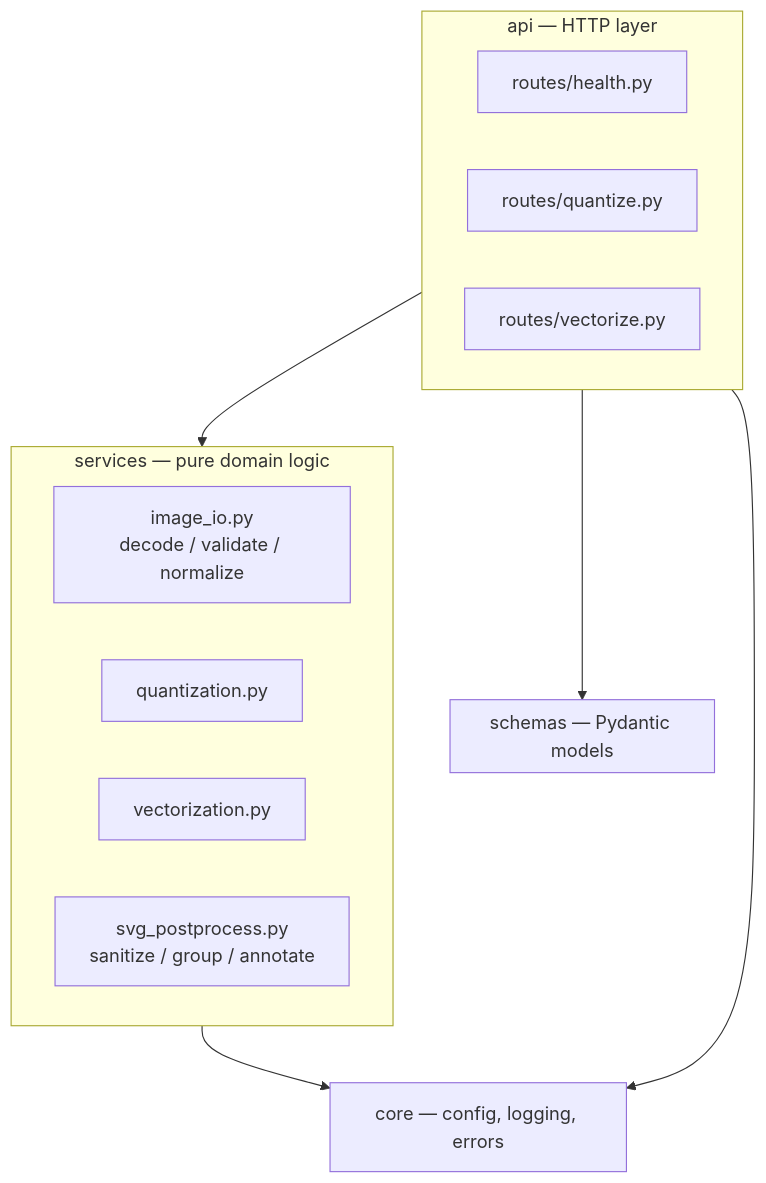
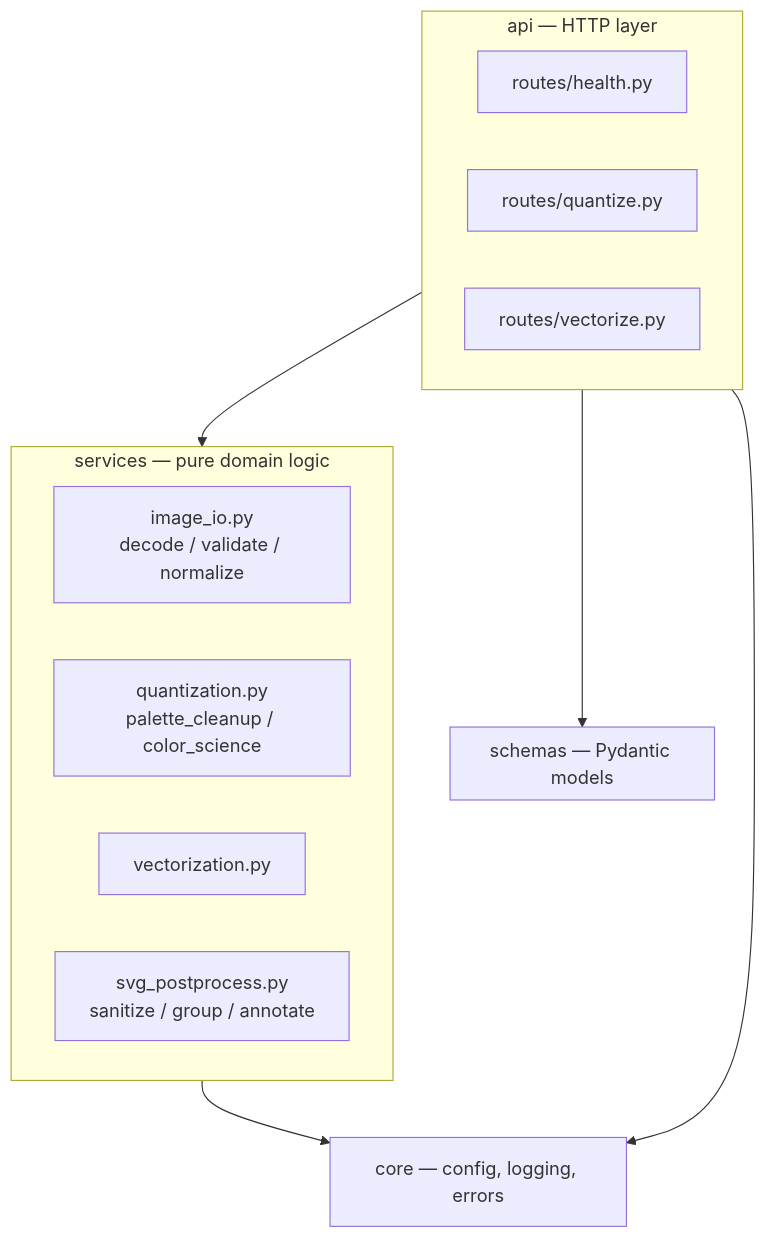
Before and after one commit to KDubicki/vector-snap: the third of 4 diagrams in docs/03-architecture.md, drawn with Mermaid. The commit also changed 10 other files, not shown here.

First line of the commit message:
refactor(backend): split color science and palette clean-up out of quantization

````diff
--- a/docs/03-architecture.md
+++ b/docs/03-architecture.md
@@ -65,22 +65,22 @@
 ```mermaid
 flowchart TB
     subgraph api [api — HTTP layer]
         r1[routes/health.py]
         r2[routes/quantize.py]
         r3[routes/vectorize.py]
     end
     subgraph schemas [schemas — Pydantic models]
     end
     subgraph services [services — pure domain logic]
         s1[image_io.py<br/>decode / validate / normalize]
-        s2[quantization.py]
+        s2[quantization.py<br/>palette_cleanup / color_science]
         s3[vectorization.py]
         s4[svg_postprocess.py<br/>sanitize / group / annotate]
     end
     core[core — config, logging, errors]
 
     api --> schemas
     api --> services
     services --> core
     api --> core
 ```
````
